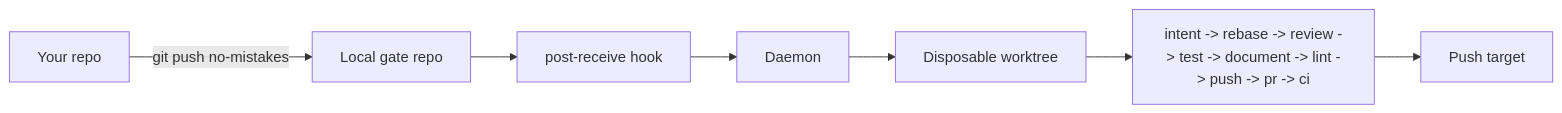
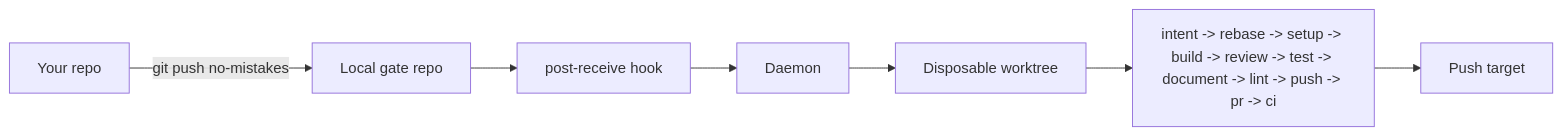
Before and after one commit to alvarohulse/no-mistakes: the diagram in docs/src/content/docs/start-here/introduction.md, drawn with Mermaid. The commit also changed other lines of this file and 9 other files, not shown here.

First line of the commit message:
docs(pipeline): align setup and build guidance

````diff
--- a/docs/src/content/docs/start-here/introduction.md
+++ b/docs/src/content/docs/start-here/introduction.md
@@ -48,9 +48,9 @@
 ```mermaid
 flowchart LR
   repo["Your repo"] -->|"git push no-mistakes"| gate["Local gate repo"]
   gate --> hook["post-receive hook"]
   hook --> daemon["Daemon"]
   daemon --> worktree["Disposable worktree"]
-  worktree --> pipeline["intent -> rebase -> review -> test -> document -> lint -> push -> pr -> ci"]
+  worktree --> pipeline["intent -> rebase -> setup -> build -> review -> test -> document -> lint -> push -> pr -> ci"]
   pipeline --> target["Push target"]
 ```
````
